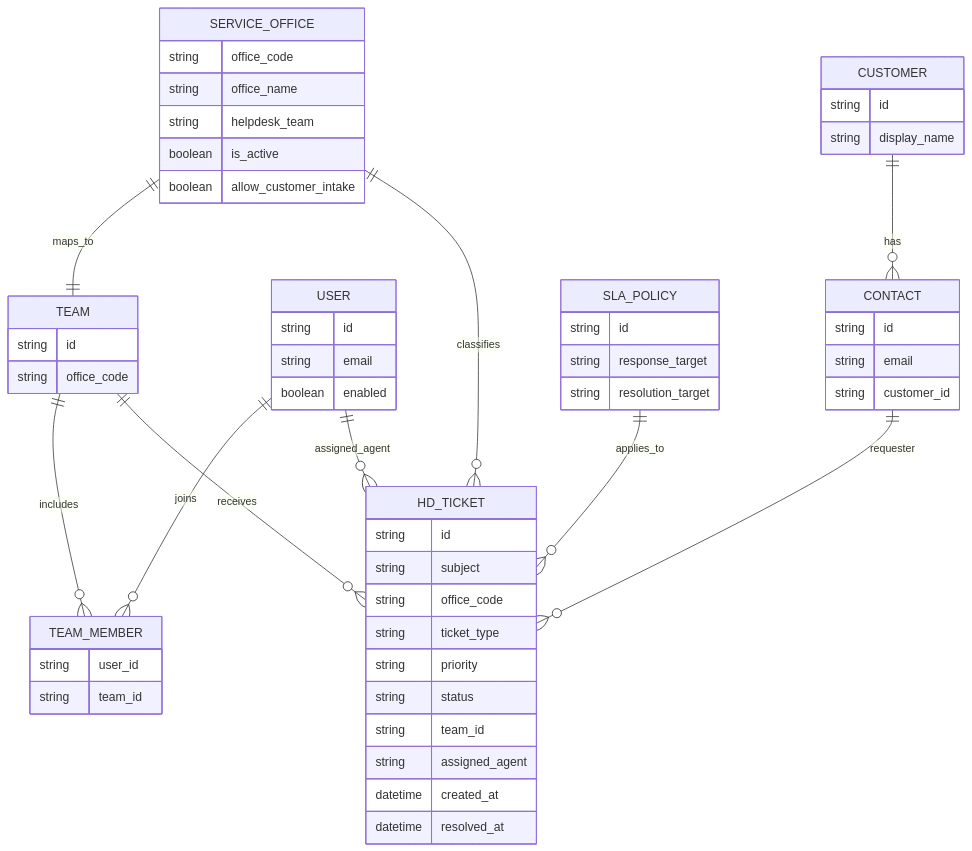
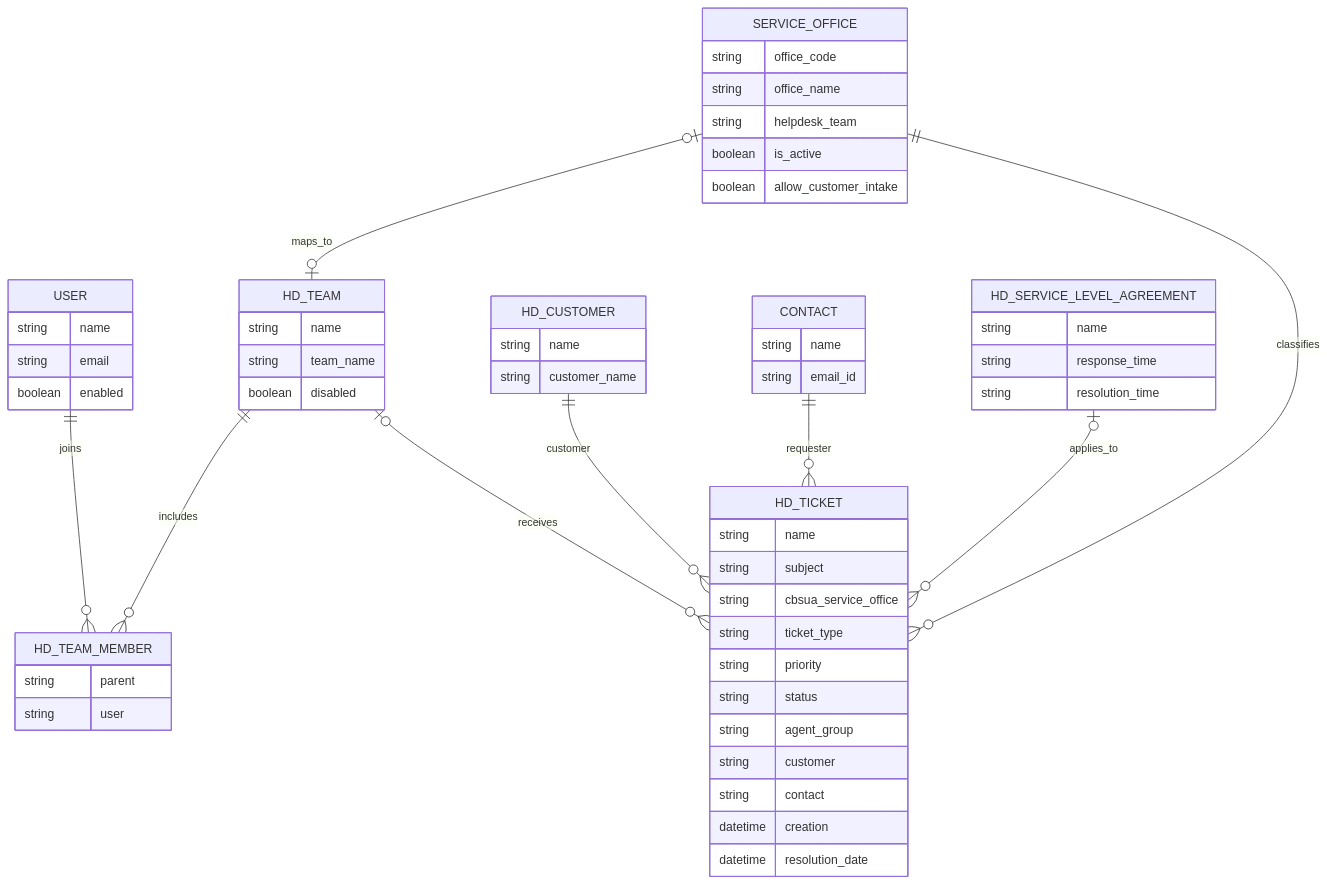
Before and after one commit to AgeReapor/cbsua-helpdesk-app: the fifth of 6 diagrams in docs/architecture.md, drawn with Mermaid. The commit also changed other lines of this file and 3 other files, not shown here.

Commit message:
docs: tighten office access and site architecture

````diff
--- a/docs/architecture.md
+++ b/docs/architecture.md
@@ -155,59 +158,59 @@
 ```mermaid
 erDiagram
-    SERVICE_OFFICE ||--|| TEAM : maps_to
-    USER ||--o{ TEAM_MEMBER : joins
-    TEAM ||--o{ TEAM_MEMBER : includes
-    TEAM ||--o{ HD_TICKET : receives
-    USER ||--o{ HD_TICKET : assigned_agent
-    CUSTOMER ||--o{ CONTACT : has
+    SERVICE_OFFICE o|--o| HD_TEAM : maps_to
+    USER ||--o{ HD_TEAM_MEMBER : joins
+    HD_TEAM ||--o{ HD_TEAM_MEMBER : includes
+    HD_TEAM o|--o{ HD_TICKET : receives
+    HD_CUSTOMER ||--o{ HD_TICKET : customer
     CONTACT ||--o{ HD_TICKET : requester
-    SLA_POLICY ||--o{ HD_TICKET : applies_to
+    HD_SERVICE_LEVEL_AGREEMENT o|--o{ HD_TICKET : applies_to
     SERVICE_OFFICE ||--o{ HD_TICKET : classifies
 
     USER {
-        string id
+        string name
         string email
         boolean enabled
     }
-    TEAM {
-        string id
-        string office_code
+    HD_TEAM {
+        string name
+        string team_name
+        boolean disabled
     }
-    TEAM_MEMBER {
-        string user_id
-        string team_id
+    HD_TEAM_MEMBER {
+        string parent
+        string user
     }
-    CUSTOMER {
-        string id
-        string display_name
+    HD_CUSTOMER {
+        string name
+        string customer_name
     }
     CONTACT {
-        string id
-        string email
-        string customer_id
+        string name
+        string email_id
     }
     HD_TICKET {
-        string id
+        string name
         string subject
-        string office_code
+        string cbsua_service_office
         string ticket_type
         string priority
         string status
-        string team_id
-        string assigned_agent
-        datetime created_at
-        datetime resolved_at
+        string agent_group
+        string customer
+        string contact
+        datetime creation
+        datetime resolution_date
     }
-    SLA_POLICY {
-        string id
-        string response_target
-        string resolution_target
+    HD_SERVICE_LEVEL_AGREEMENT {
+        string name
+        string response_time
+        string resolution_time
     }
     SERVICE_OFFICE {
         string office_code
         string office_name
         string helpdesk_team
         boolean is_active
         boolean allow_customer_intake
     }
 ```
````
